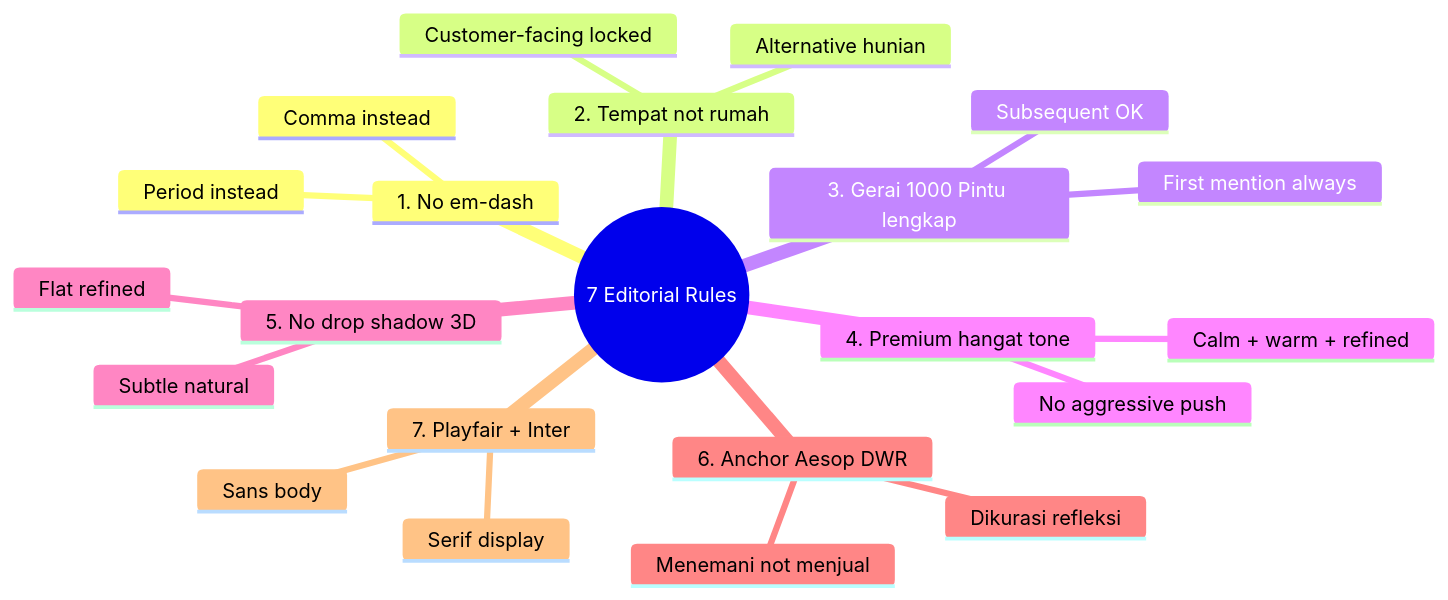
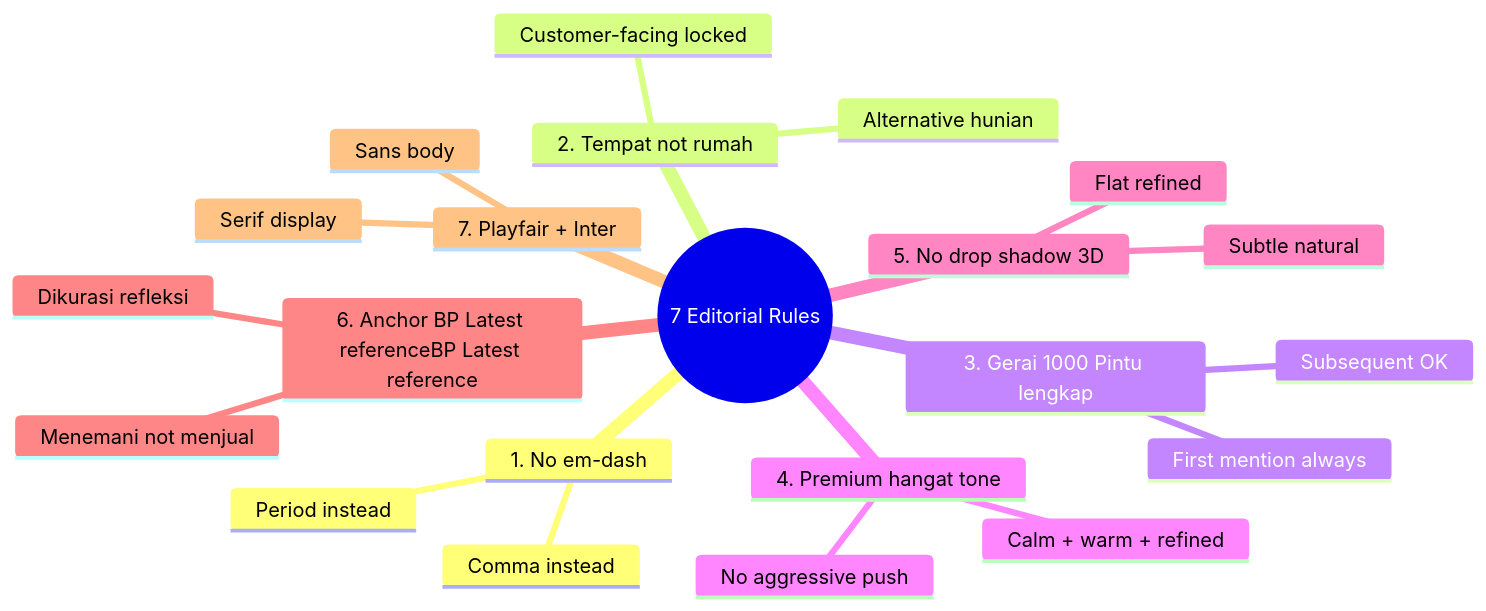
The first of 2 diagrams in librechat-deploy/skills/cco/editorial-style-guide.md (MahewAi/Mahew), drawn with Mermaid before and after one commit. The commit also changed other lines of this file and 80 other files, not shown here.

````diff
--- a/librechat-deploy/skills/cco/editorial-style-guide.md
+++ b/librechat-deploy/skills/cco/editorial-style-guide.md
@@ -379,25 +379,25 @@
 ```mermaid
 mindmap
   root((7 Editorial Rules))
     1. No em-dash
       Period instead
       Comma instead
     2. Tempat not rumah
       Customer-facing locked
       Alternative hunian
     3. Gerai 1000 Pintu lengkap
       First mention always
       Subsequent OK
     4. Premium hangat tone
       Calm + warm + refined
       No aggressive push
     5. No drop shadow 3D
       Flat refined
       Subtle natural
-    6. Anchor Aesop DWR
+    6. Anchor BP Latest referenceBP Latest reference
       Menemani not menjual
       Dikurasi refleksi
     7. Playfair + Inter
       Serif display
       Sans body
 ```
````
